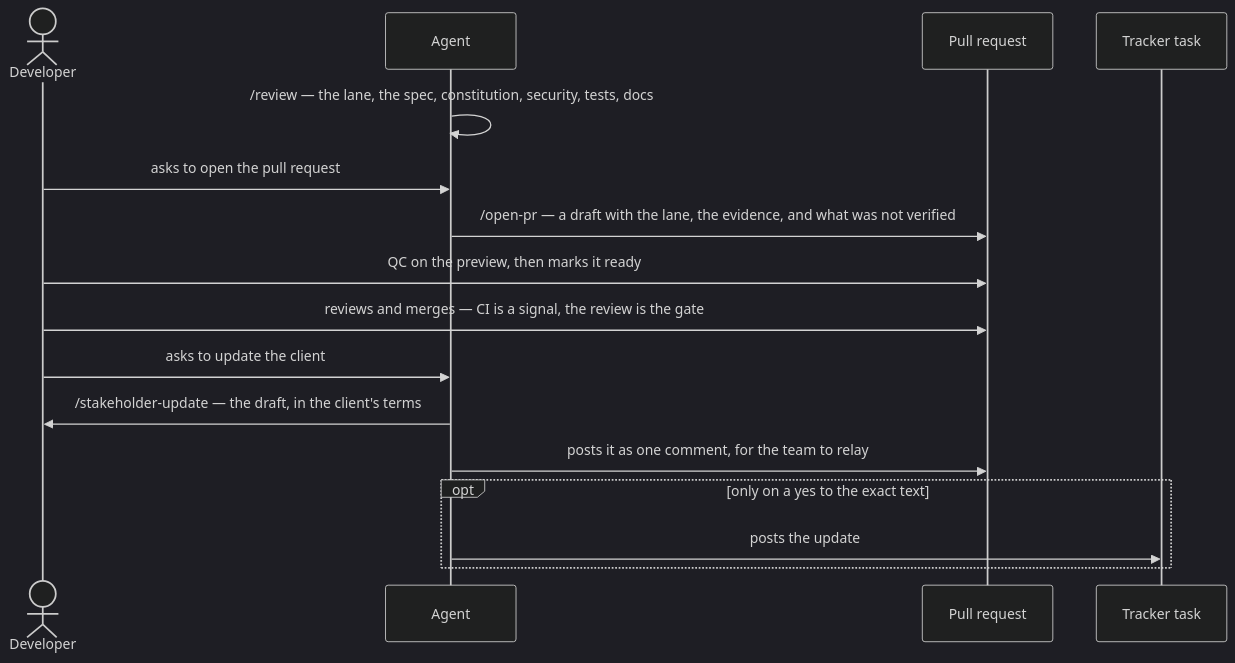
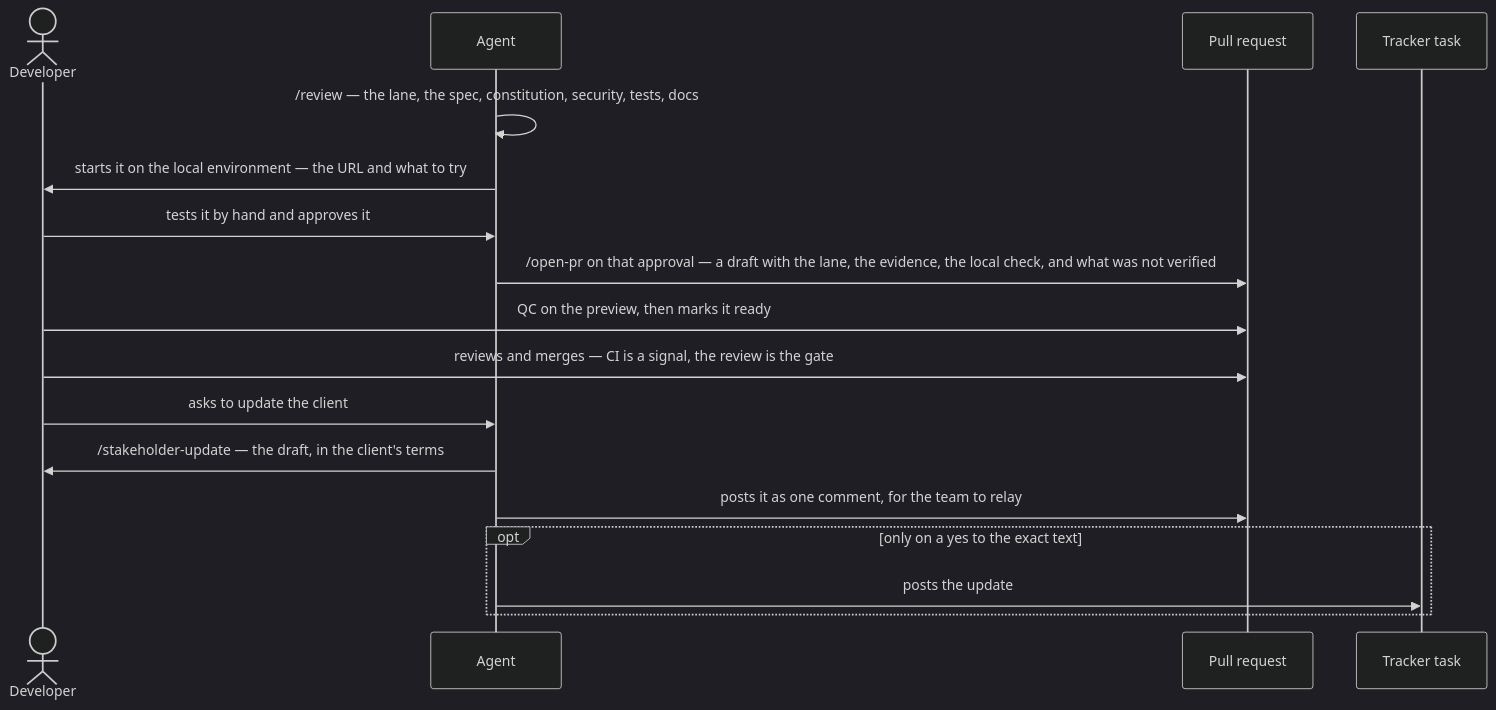
One commit to Aplyca/AgenticDevelopmentFramework changed the fourth of 6 diagrams in README.md. Above: the diagram before and after it, drawn with Mermaid (dark theme). The commit also changed other lines of this file and 29 other files, not shown here.

First line of the commit message:
feat: the local-check approval opens the draft pull request (#40)

````diff
--- a/README.md
+++ b/README.md
@@ -274,18 +274,19 @@
 ```mermaid
 sequenceDiagram
     actor Dev as Developer
     participant Agent
     participant PR as Pull request
     participant Tracker as Tracker task
     Agent->>Agent: /review — the lane, the spec, constitution, security, tests, docs
-    Dev->>Agent: asks to open the pull request
-    Agent->>PR: /open-pr — a draft with the lane, the evidence, and what was not verified
+    Agent->>Dev: starts it on the local environment — the URL and what to try
+    Dev->>Agent: tests it by hand and approves it
+    Agent->>PR: /open-pr on that approval — a draft with the lane, the evidence, the local check, and what was not verified
     Dev->>PR: QC on the preview, then marks it ready
     Dev->>PR: reviews and merges — CI is a signal, the review is the gate
     Dev->>Agent: asks to update the client
     Agent->>Dev: /stakeholder-update — the draft, in the client's terms
     Agent->>PR: posts it as one comment, for the team to relay
     opt only on a yes to the exact text
         Agent->>Tracker: posts the update
     end
 ```
````
